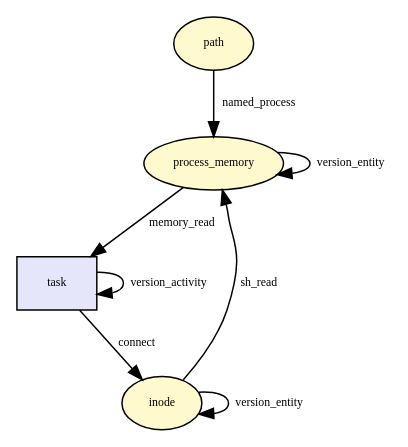
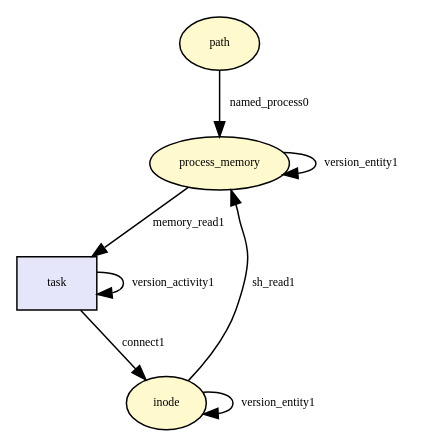
Before and after one commit to TinkerBellSystem/graph-matching: the diagram in tmp/provenance_unix_stream_connect.dot, drawn with Graphviz. The commit also changed 64 other files, not shown here.

Commit message:
drawing graph. not great

```diff
--- a/tmp/provenance_unix_stream_connect.dot
+++ b/tmp/provenance_unix_stream_connect.dot
@@ -1,23 +1,23 @@
 digraph RGL__DirectedAdjacencyGraph {path[fontsize = 8,label = "path",shape = ellipse, fillcolor="#fffacd", style = filled]
 
 process_memory[fontsize = 8,label = "process_memory",shape = ellipse, fillcolor="#fffacd", style = filled]
 
-path -> process_memory[fontsize = 8,label = "named_process"]
+path -> process_memory[fontsize = 8,label = "named_process0", color="#000000"]
+
+process_memory -> process_memory[fontsize = 8,label = "version_entity1", color="#000000"]
+
+inode[fontsize = 8,label = "inode",shape = ellipse, fillcolor="#fffacd", style = filled]
+
+inode -> process_memory[fontsize = 8,label = "sh_read1", color="#000000"]
 
 task[fontsize = 8,label = "task",shape = rectangle, fillcolor="#e6e6fa", style = filled]
 
-process_memory -> task[fontsize = 8,label = "memory_read"]
+task -> task[fontsize = 8,label = "version_activity1", color="#000000"]
 
-inode[fontsize = 8,label = "inode",shape = ellipse, fillcolor="#fffacd", style = filled]
+process_memory -> task[fontsize = 8,label = "memory_read1", color="#000000"]
 
-task -> inode[fontsize = 8,label = "connect"]
+inode -> inode[fontsize = 8,label = "version_entity1", color="#000000"]
 
-task -> task[fontsize = 8,label = "version_activity"]
-
-inode -> inode[fontsize = 8,label = "version_entity"]
-
-inode -> process_memory[fontsize = 8,label = "sh_read"]
-
-process_memory -> process_memory[fontsize = 8,label = "version_entity"]
+task -> inode[fontsize = 8,label = "connect1", color="#000000"]
 
 }
```
